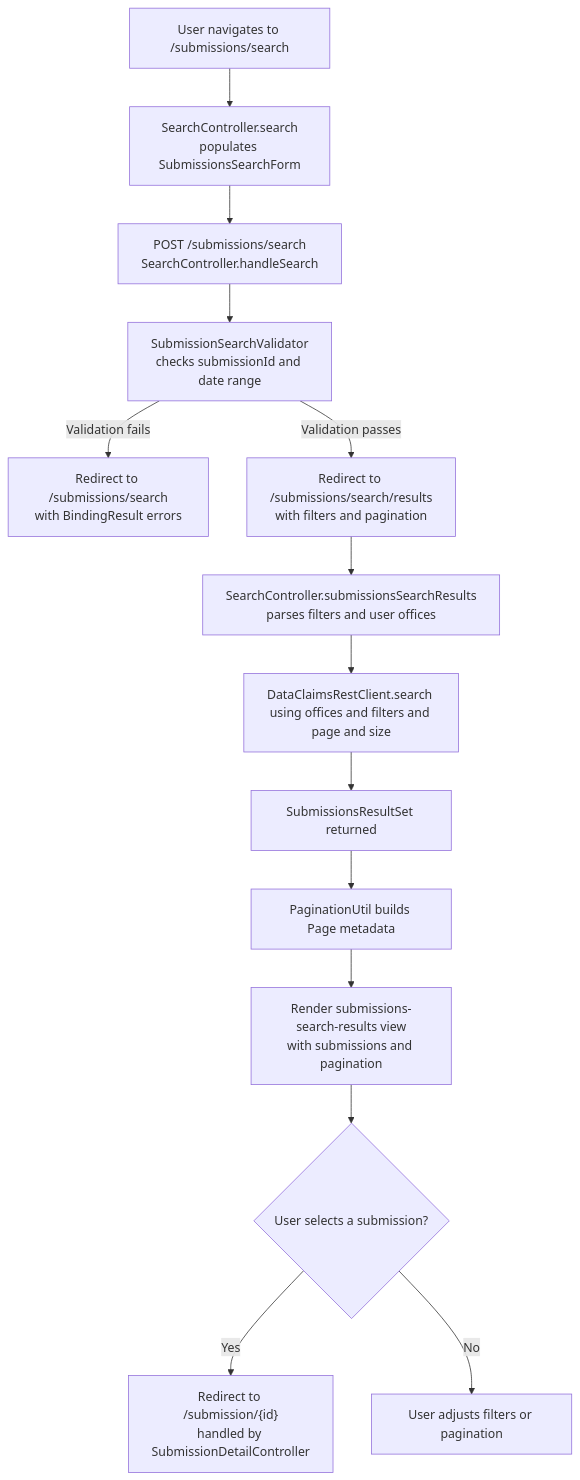
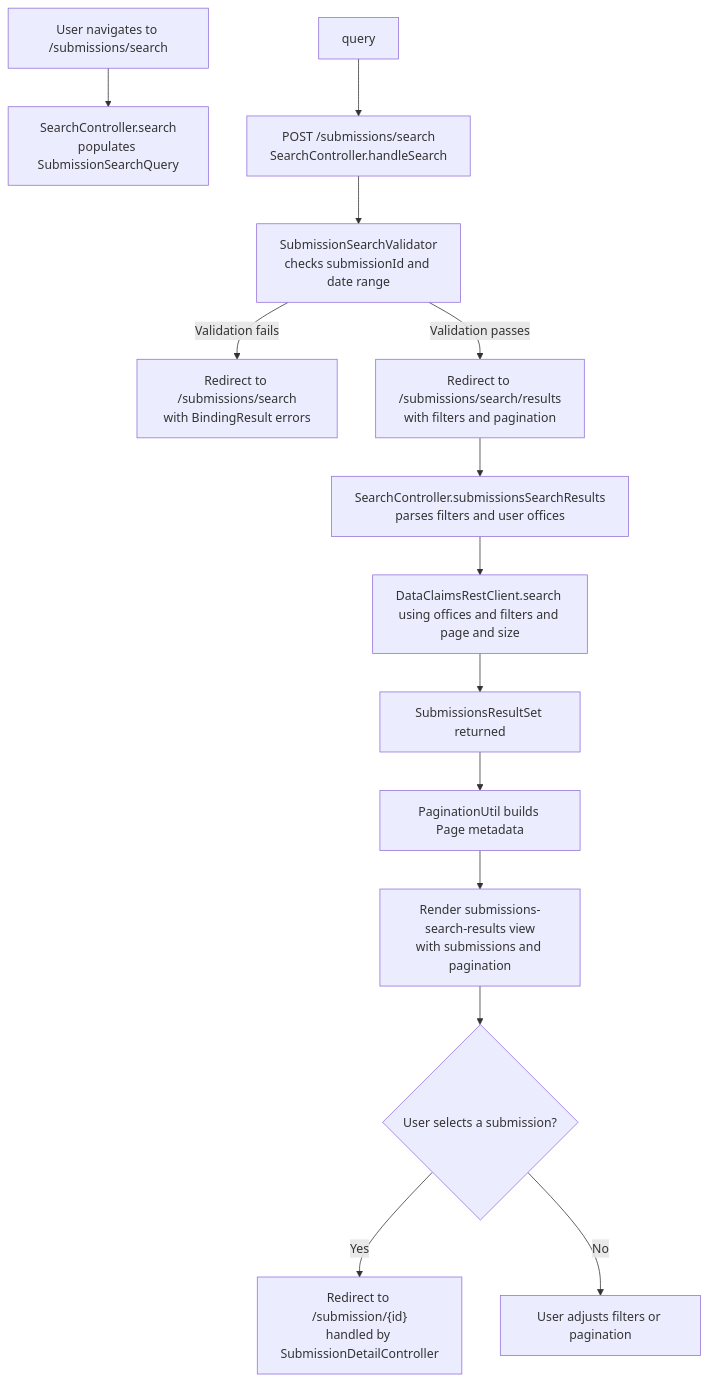
The diagram in docs/flows/search-flow.md (ministryofjustice/laa-submit-a-bulk-claim), drawn with Mermaid before and after one commit. The commit also changed 34 other files, not shown here.

````diff
--- a/docs/flows/search-flow.md
+++ b/docs/flows/search-flow.md
@@ -7,18 +7,18 @@
 ```mermaid
 flowchart TD
-    start["User navigates to /submissions/search"] --> form["SearchController.search\npopulates SubmissionsSearchForm"]
-    form --> submit["POST /submissions/search\nSearchController.handleSearch"]
+    start["User navigates to /submissions/search"] --> form["SearchController.search\npopulates SubmissionSearchQuery"]
+    query --> submit["POST /submissions/search\nSearchController.handleSearch"]
     submit --> validate["SubmissionSearchValidator\nchecks submissionId and date range"]
     validate -->|Validation fails| redisplay["Redirect to /submissions/search\nwith BindingResult errors"]
     validate -->|Validation passes| redirect["Redirect to /submissions/search/results\nwith filters and pagination"]
     redirect --> results["SearchController.submissionsSearchResults\nparses filters and user offices"]
     results --> dsCall["DataClaimsRestClient.search using offices and filters and page and size"]
     dsCall --> returnedResults["SubmissionsResultSet returned"]
     returnedResults --> paginate["PaginationUtil builds Page metadata"]
     paginate --> view["Render submissions-search-results view\nwith submissions and pagination"]
     view --> select{"User selects a submission?"}
     select -->|Yes| detail["Redirect to /submission/{id}\nhandled by SubmissionDetailController"]
     select -->|No| endFlow["User adjusts filters or pagination"]
 
 
 ```
````
